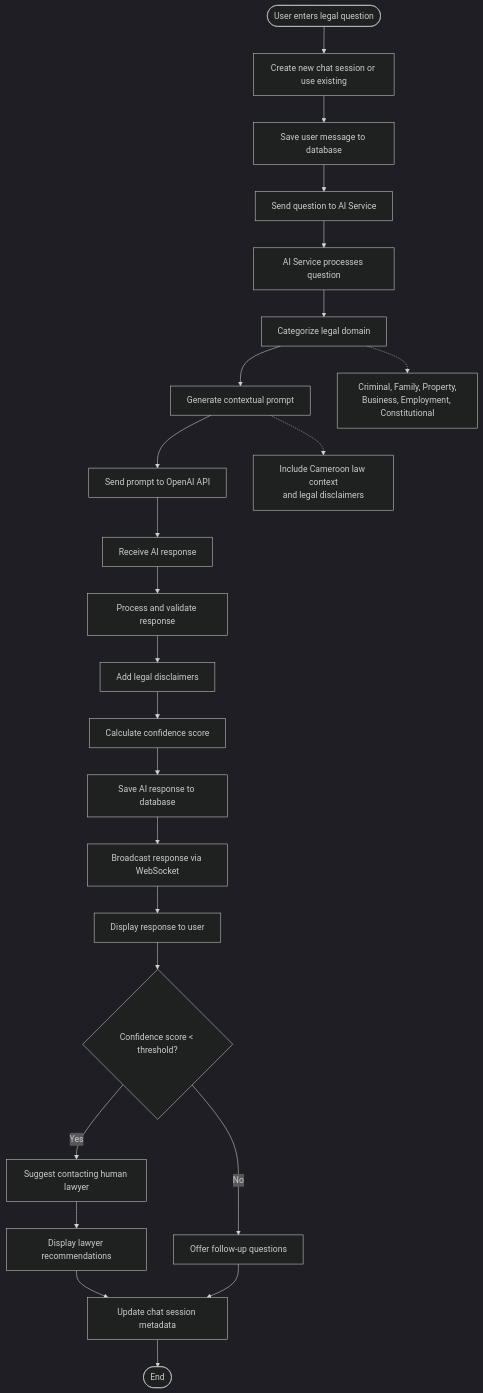
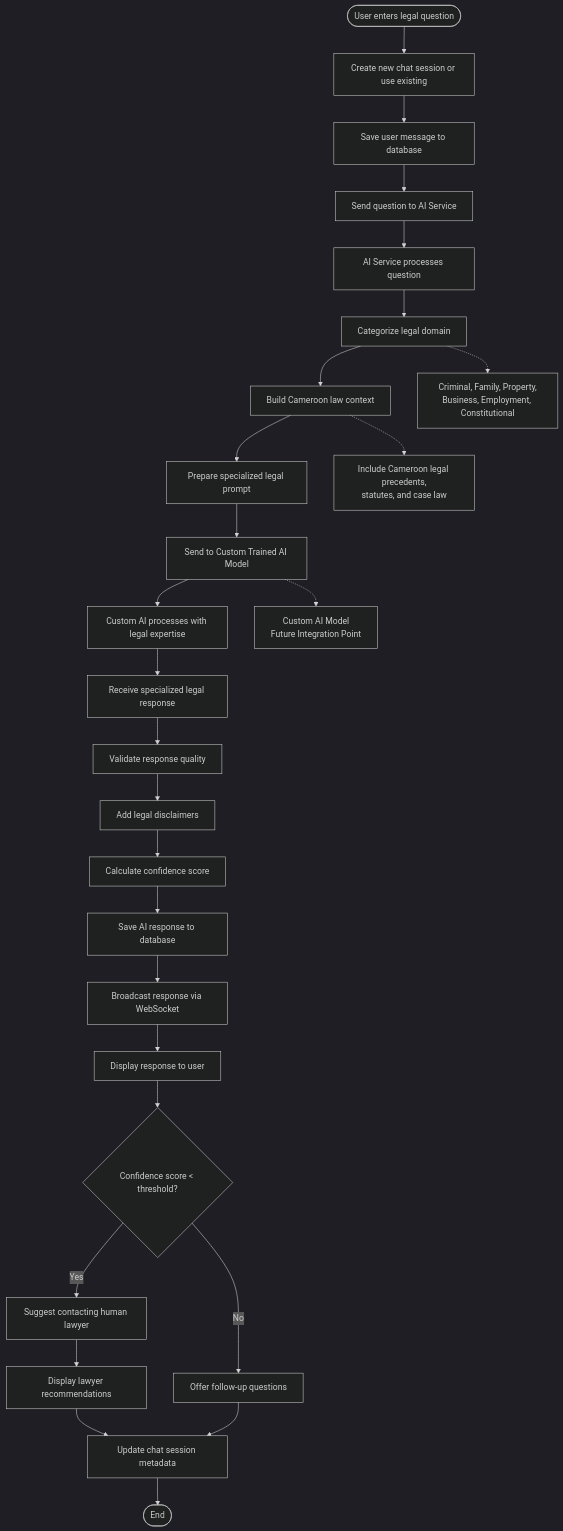
One commit to AbdouKarimuAkande/LegalNavigator changed the fifth of 8 diagrams in architecture.md. Above: the diagram before and after it, drawn with Mermaid (dark theme). The commit also changed other lines of this file, not shown here.

````diff
--- a/architecture.md
+++ b/architecture.md
@@ -1183,28 +1183,31 @@
 ```mermaid
 flowchart TD
     Start([User enters legal question]) --> A[Create new chat session or use existing]
     A --> B[Save user message to database]
     B --> C[Send question to AI Service]
     C --> D[AI Service processes question]
     D --> E[Categorize legal domain]
-    E --> F[Generate contextual prompt]
-    F --> G[Send prompt to OpenAI API]
-    G --> H[Receive AI response]
-    H --> I[Process and validate response]
-    I --> J[Add legal disclaimers]
-    J --> K[Calculate confidence score]
-    K --> L[Save AI response to database]
-    L --> M[Broadcast response via WebSocket]
-    M --> N[Display response to user]
-    N --> O{Confidence score < threshold?}
-    O -->|Yes| P[Suggest contacting human lawyer]
-    P --> Q[Display lawyer recommendations]
-    O -->|No| R[Offer follow-up questions]
-    Q --> S[Update chat session metadata]
-    R --> S
-    S --> End([End])
+    E --> F[Build Cameroon law context]
+    F --> G[Prepare specialized legal prompt]
+    G --> H[Send to Custom Trained AI Model]
+    H --> I[Custom AI processes with legal expertise]
+    I --> J[Receive specialized legal response]
+    J --> K[Validate response quality]
+    K --> L[Add legal disclaimers]
+    L --> M[Calculate confidence score]
+    M --> N[Save AI response to database]
+    N --> O[Broadcast response via WebSocket]
+    O --> P[Display response to user]
+    P --> Q{Confidence score < threshold?}
+    Q -->|Yes| R[Suggest contacting human lawyer]
+    R --> S[Display lawyer recommendations]
+    Q -->|No| T[Offer follow-up questions]
+    S --> U[Update chat session metadata]
+    T --> U
+    U --> End([End])
     
     %% Notes
     E -.-> E1[Criminal, Family, Property,<br/>Business, Employment, Constitutional]
-    F -.-> F1[Include Cameroon law context<br/>and legal disclaimers]
+    F -.-> F1[Include Cameroon legal precedents,<br/>statutes, and case law]
+    H -.-> H1[Custom AI Model<br/>Future Integration Point]
 ```
````
